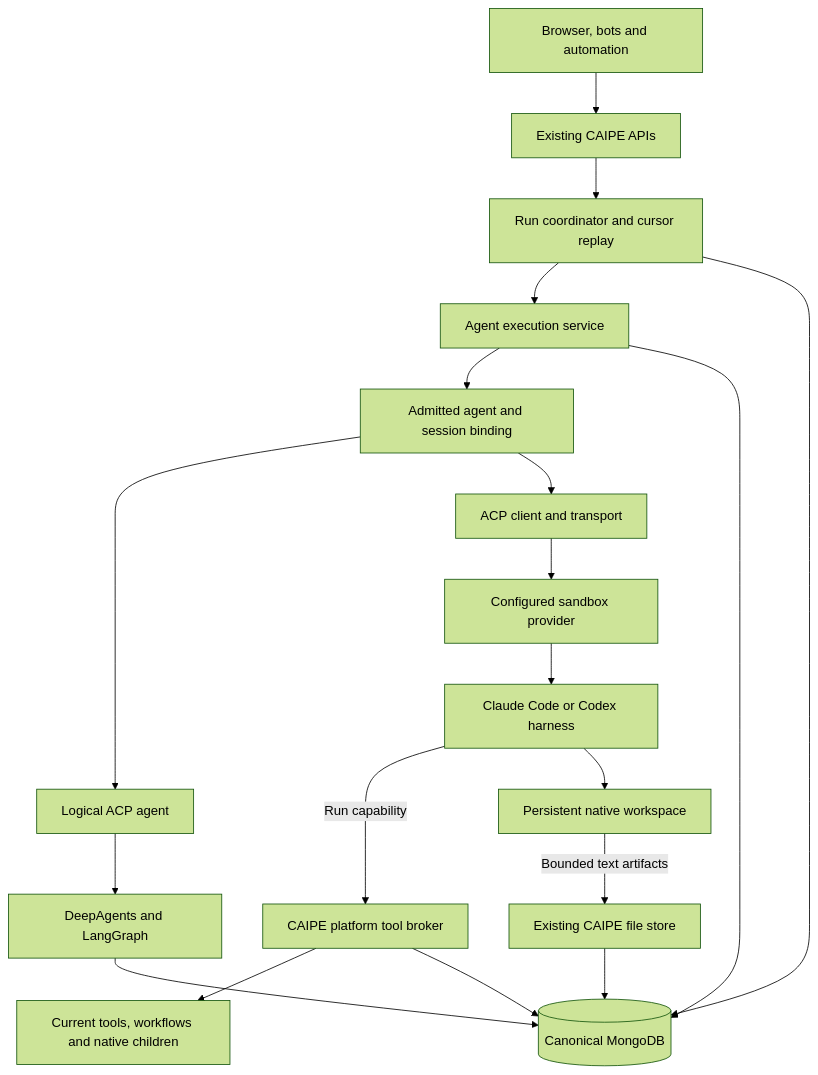
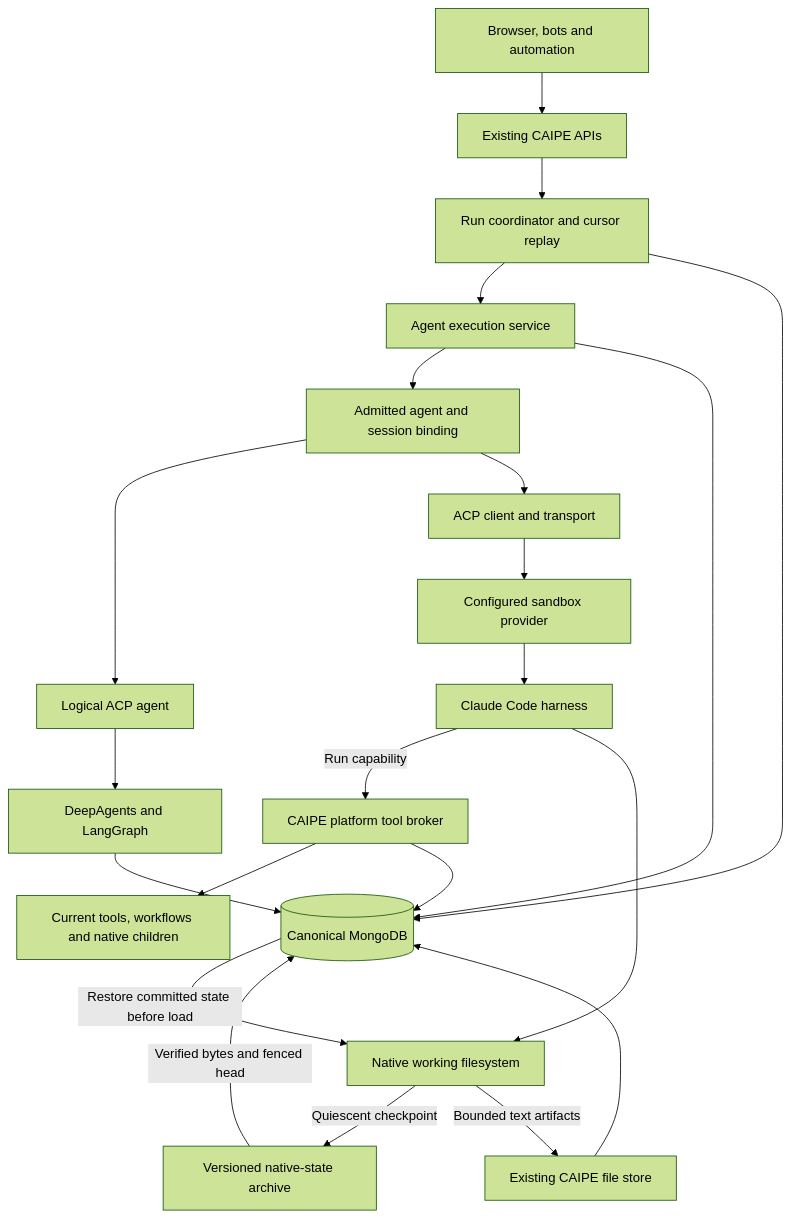
Before and after one commit to cnoe-io/ai-platform-engineering: the first of 2 diagrams in docs/docs/architecture/native-acp-metaharness.md, drawn with Mermaid (forest theme). The commit also changed other lines of this file and 25 other files, not shown here.

First line of the commit message:
feat(dynamic-agents): persist Claude native state in canonical storage

````diff
--- a/docs/docs/architecture/native-acp-metaharness.md
+++ b/docs/docs/architecture/native-acp-metaharness.md
@@ -41,21 +42,24 @@
 ```mermaid
 flowchart TB
   Clients[Browser, bots and automation] --> Routes[Existing CAIPE APIs]
   Routes --> Runs[Run coordinator and cursor replay]
   Runs --> Execution[Agent execution service]
   Runs --> DB[(Canonical MongoDB)]
   Execution --> Binding[Admitted agent and session binding]
   Binding --> Native[Logical ACP agent]
   Native --> Deep[DeepAgents and LangGraph]
   Binding --> Remote[ACP client and transport]
   Remote --> Provider[Configured sandbox provider]
-  Provider --> Harness[Claude Code or Codex harness]
+  Provider --> Harness[Claude Code harness]
   Harness -->|Run capability| Broker[CAIPE platform tool broker]
   Broker --> Tools[Current tools, workflows and native children]
   Deep --> DB
   Execution --> DB
   Broker --> DB
-  Harness --> Workspace[Persistent native workspace]
+  Harness --> Workspace[Native working filesystem]
+  Workspace -->|Quiescent checkpoint| Checkpoints[Versioned native-state archive]
+  Checkpoints -->|Verified bytes and fenced head| DB
+  DB -->|Restore committed state before load| Workspace
   Workspace -->|Bounded text artifacts| Files[Existing CAIPE file store]
   Files --> DB
 ```
````
